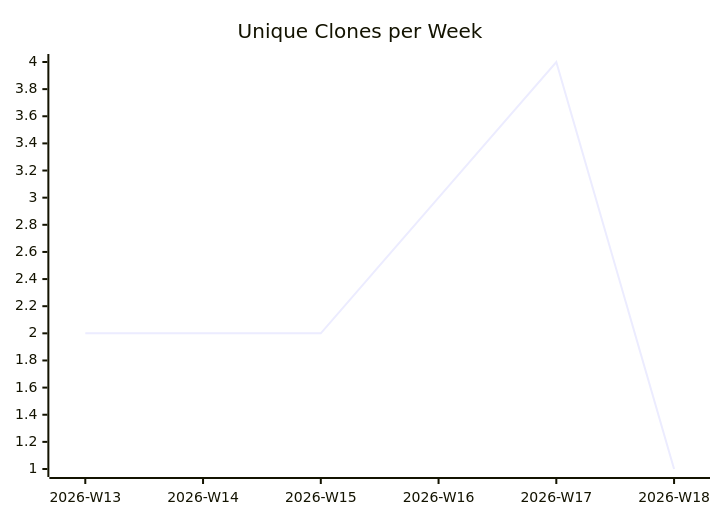
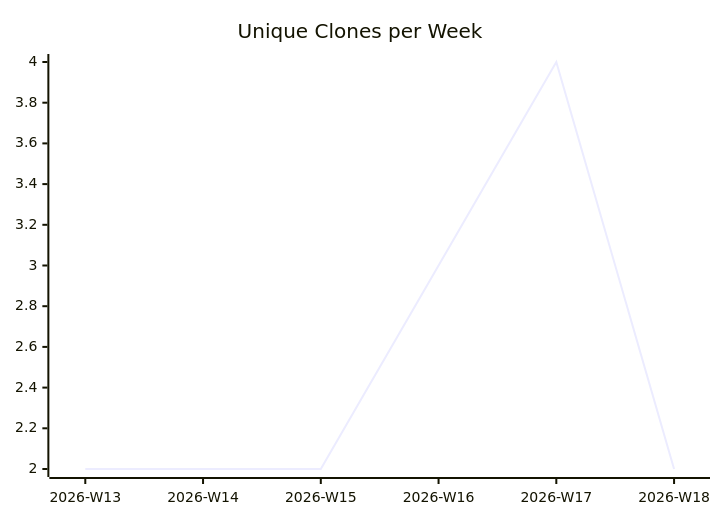
Before and after one commit to justdavis-family/github-analytics-data: the third of 3 diagrams in karlmdavis/bbonfhir-dev-infra-docker/README.md, drawn with Mermaid. The commit also changed other lines of this file and 188 other files, not shown here.

````diff
--- a/karlmdavis/bbonfhir-dev-infra-docker/README.md
+++ b/karlmdavis/bbonfhir-dev-infra-docker/README.md
@@ -19,6 +19,6 @@
 ```mermaid
 xychart-beta
   title "Unique Clones per Week"
   x-axis ["2026-W13", "2026-W14", "2026-W15", "2026-W16", "2026-W17", "2026-W18"]
-  line [2, 2, 2, 3, 4, 1]
+  line [2, 2, 2, 3, 4, 2]
 ```
````
